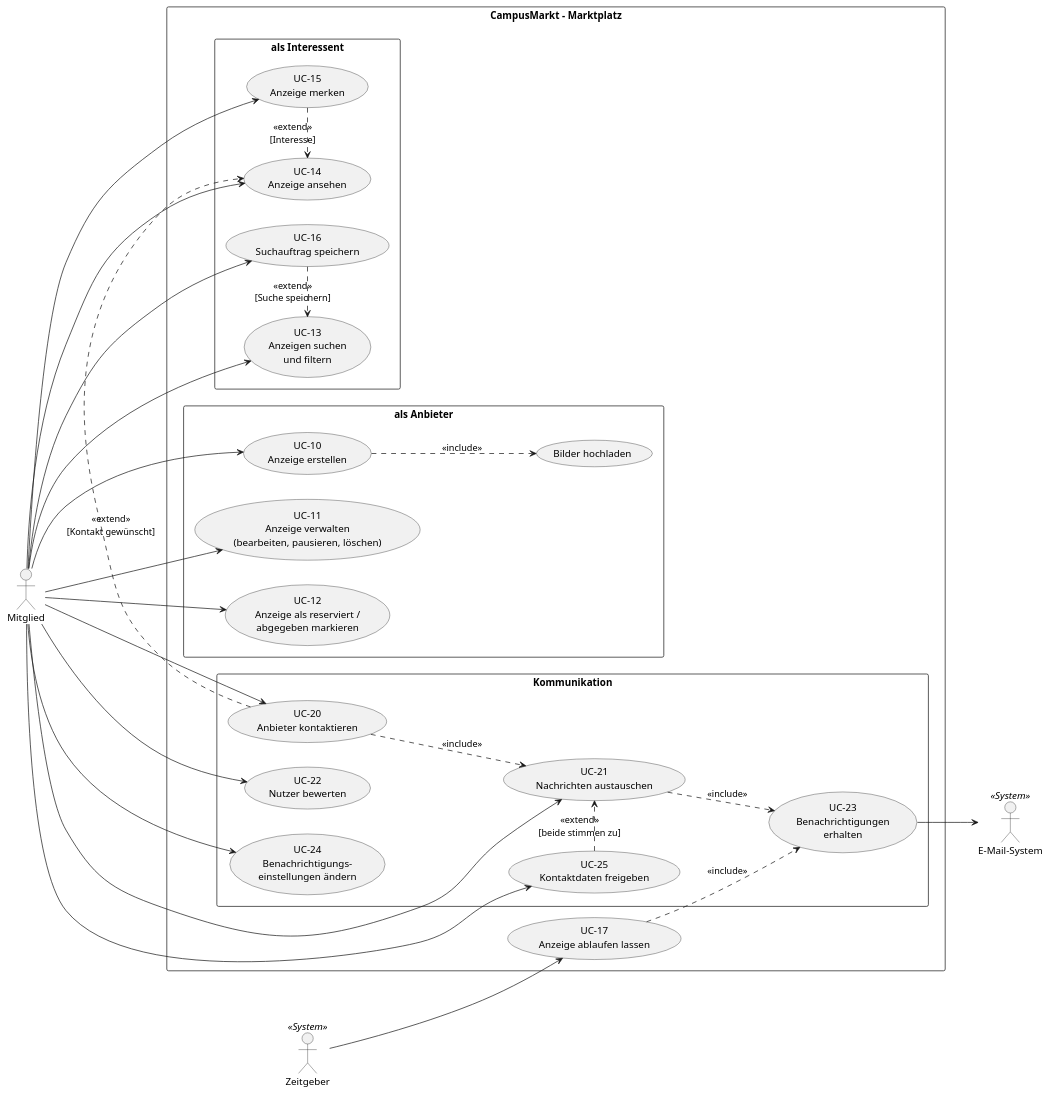
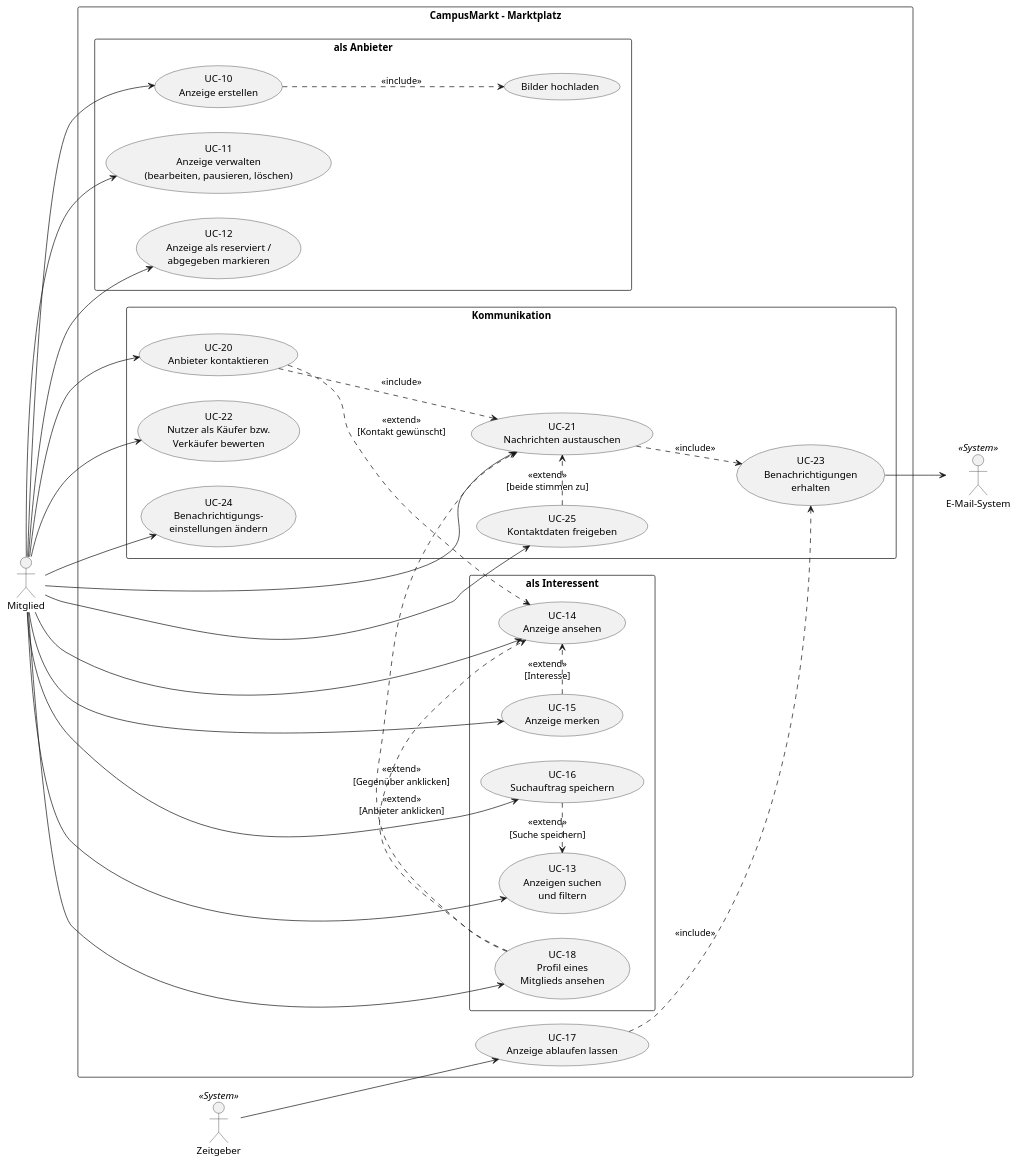
Before and after one commit to CaRo10Robert/SWeng_projekt2026: the third of 10 diagrams in docs/02-anforderungen/01-use-cases.md, drawn with PlantUML. The commit also changed other lines of this file and 25 other files, not shown here.

````diff
--- a/docs/02-anforderungen/01-use-cases.md
+++ b/docs/02-anforderungen/01-use-cases.md
@@ -108,57 +108,61 @@
 ```plantuml
 @startuml uc_marktplatz
 left to right direction
 skinparam packageStyle rectangle
 actor "Mitglied" as M
 actor "E-Mail-System" as Mail <<System>>
 actor "Zeitgeber" as Timer <<System>>
 
 rectangle "CampusMarkt – Marktplatz" {
   package "als Anbieter" {
     usecase "UC-10\nAnzeige erstellen" as UC10
     usecase "Bilder hochladen" as UCB
     usecase "UC-11\nAnzeige verwalten\n(bearbeiten, pausieren, löschen)" as UC11
     usecase "UC-12\nAnzeige als reserviert /\nabgegeben markieren" as UC12
   }
   package "als Interessent" {
     usecase "UC-13\nAnzeigen suchen\nund filtern" as UC13
     usecase "UC-14\nAnzeige ansehen" as UC14
     usecase "UC-15\nAnzeige merken" as UC15
     usecase "UC-16\nSuchauftrag speichern" as UC16
+    usecase "UC-18\nProfil eines\nMitglieds ansehen" as UC18
   }
   package "Kommunikation" {
     usecase "UC-20\nAnbieter kontaktieren" as UC20
     usecase "UC-21\nNachrichten austauschen" as UC21
     usecase "UC-25\nKontaktdaten freigeben" as UC25
-    usecase "UC-22\nNutzer bewerten" as UC22
+    usecase "UC-22\nNutzer als Käufer bzw.\nVerkäufer bewerten" as UC22
     usecase "UC-23\nBenachrichtigungen\nerhalten" as UC23
     usecase "UC-24\nBenachrichtigungs-\neinstellungen ändern" as UC24
   }
   usecase "UC-17\nAnzeige ablaufen lassen" as UC17
 }
 
 M --> UC10
 M --> UC11
 M --> UC12
 M --> UC13
 M --> UC14
 M --> UC15
 M --> UC16
+M --> UC18
 M --> UC20
 M --> UC21
 M --> UC22
 M --> UC24
 M --> UC25
 Timer --> UC17
 UC25 .> UC21 : <<extend>>\n[beide stimmen zu]
 
 UC10 ..> UCB : <<include>>
 UC15 .> UC14 : <<extend>>\n[Interesse]
 UC20 .> UC14 : <<extend>>\n[Kontakt gewünscht]
 UC16 .> UC13 : <<extend>>\n[Suche speichern]
+UC18 .> UC14 : <<extend>>\n[Anbieter anklicken]
+UC18 .> UC21 : <<extend>>\n[Gegenüber anklicken]
 UC20 ..> UC21 : <<include>>
 UC21 ..> UC23 : <<include>>
 UC17 ..> UC23 : <<include>>
 UC23 --> Mail
 @enduml
 ```
````
